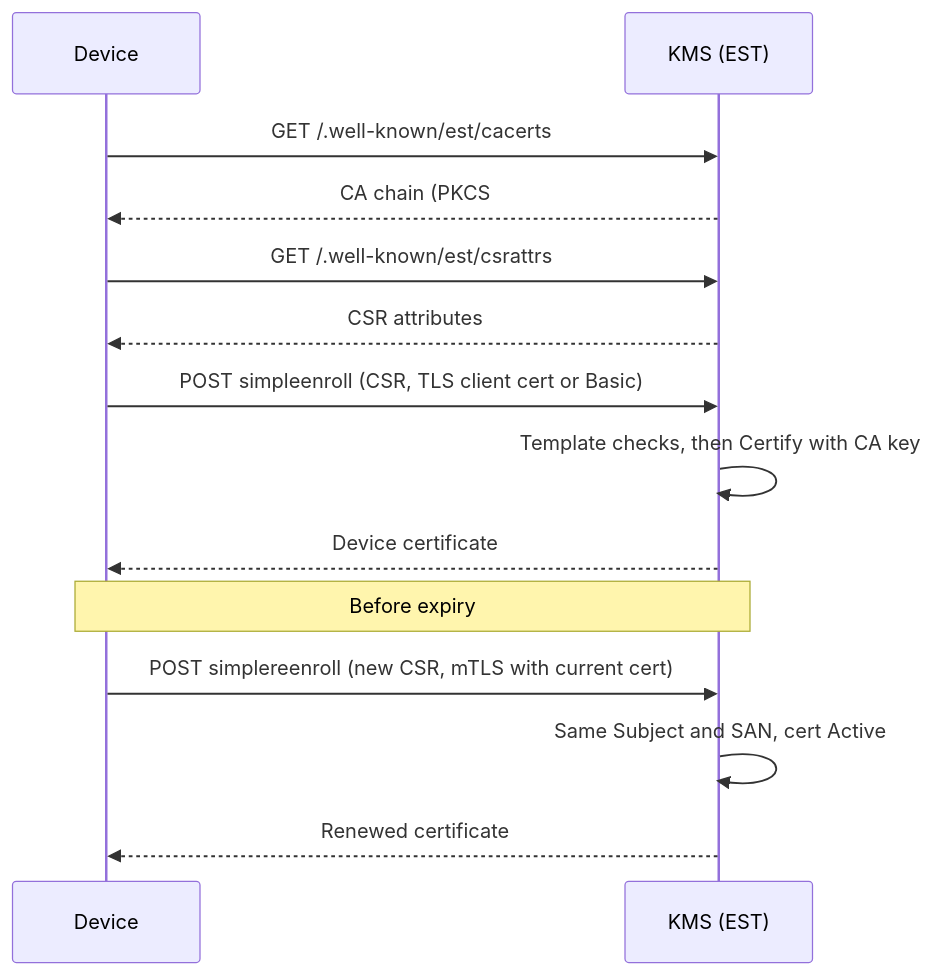
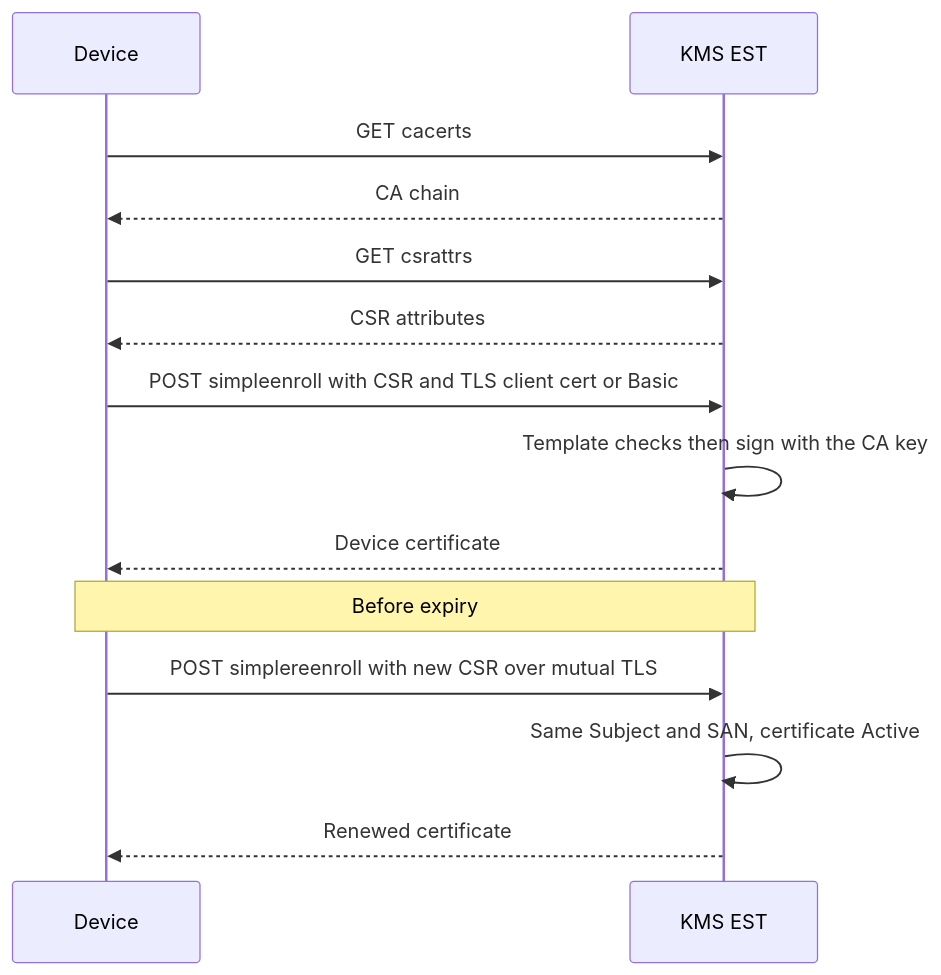
One commit to Cosmian/kms changed the second of 3 diagrams in documentation/docs/use_cases/pki-enrollment.md. Above: the diagram before and after it, drawn with Mermaid. The commit also changed other lines of this file, not shown here.

First line of the commit message:
docs(enrollment): rewrite EST/SCEP guide for beginners

````diff
--- a/documentation/docs/use_cases/pki-enrollment.md
+++ b/documentation/docs/use_cases/pki-enrollment.md
@@ -125,16 +276,16 @@
 ```mermaid
 sequenceDiagram
     participant D as Device
-    participant K as KMS (EST)
-    D->>K: GET /.well-known/est/cacerts
-    K-->>D: CA chain (PKCS#7)
-    D->>K: GET /.well-known/est/csrattrs
+    participant K as KMS EST
+    D->>K: GET cacerts
+    K-->>D: CA chain
+    D->>K: GET csrattrs
     K-->>D: CSR attributes
-    D->>K: POST simpleenroll (CSR, TLS client cert or Basic)
-    K->>K: Template checks, then Certify with CA key
+    D->>K: POST simpleenroll with CSR and TLS client cert or Basic
+    K->>K: Template checks then sign with the CA key
     K-->>D: Device certificate
     Note over D,K: Before expiry
-    D->>K: POST simplereenroll (new CSR, mTLS with current cert)
-    K->>K: Same Subject and SAN, cert Active
+    D->>K: POST simplereenroll with new CSR over mutual TLS
+    K->>K: Same Subject and SAN, certificate Active
     K-->>D: Renewed certificate
 ```
````
